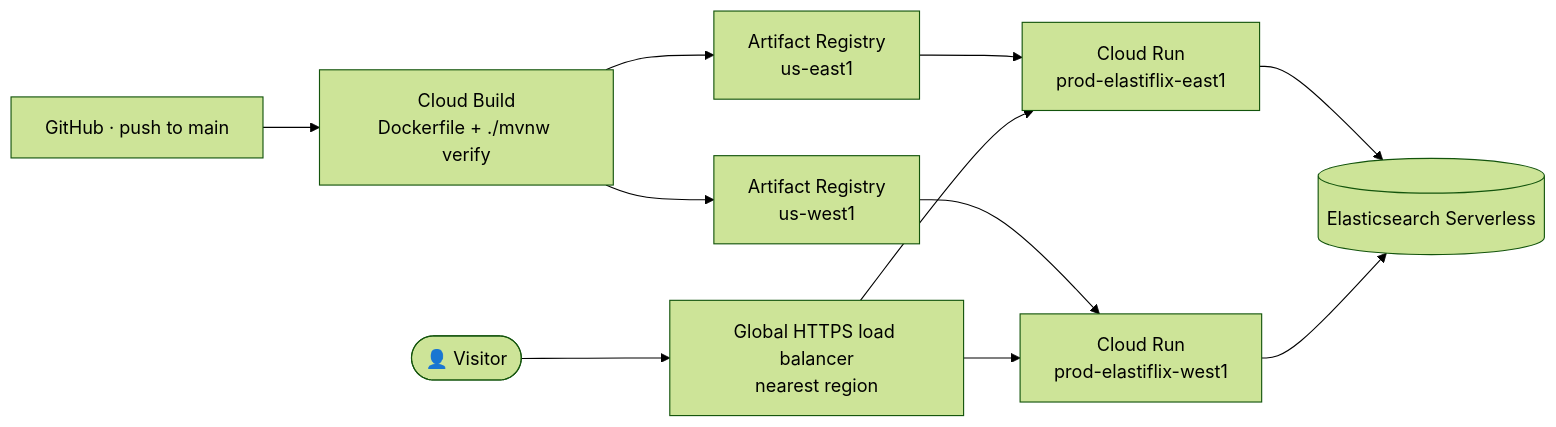
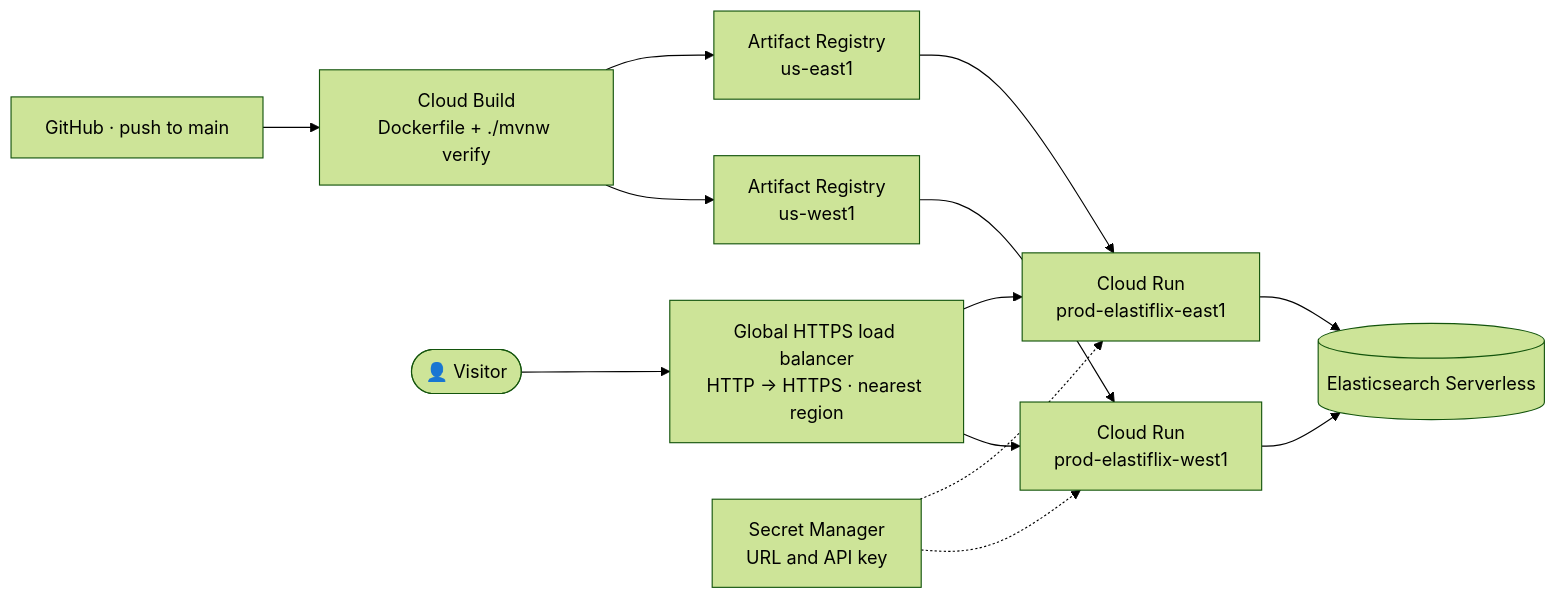
One commit to bigfito/elastiflix-reloaded changed the second of 3 diagrams in README.en.md. Above: the diagram before and after it, drawn with Mermaid (forest theme). The commit also changed other lines of this file and 3 other files, not shown here.

````diff
--- a/README.en.md
+++ b/README.en.md
@@ -406,13 +406,15 @@
 ```mermaid
 flowchart LR
   gh["GitHub · push to main"] --> cb["Cloud Build<br/>Dockerfile + ./mvnw verify"]
   cb --> are["Artifact Registry<br/>us-east1"]
   cb --> arw["Artifact Registry<br/>us-west1"]
   are --> cre["Cloud Run<br/>prod-elastiflix-east1"]
   arw --> crw["Cloud Run<br/>prod-elastiflix-west1"]
-  user(["👤 Visitor"]) --> lb["Global HTTPS load balancer<br/>nearest region"]
+  user(["👤 Visitor"]) --> lb["Global HTTPS load balancer<br/>HTTP → HTTPS · nearest region"]
   lb --> cre
   lb --> crw
+  sm["Secret Manager<br/>URL and API key"] -.-> cre
+  sm -.-> crw
   cre --> es[("Elasticsearch Serverless")]
   crw --> es
 ```
````
